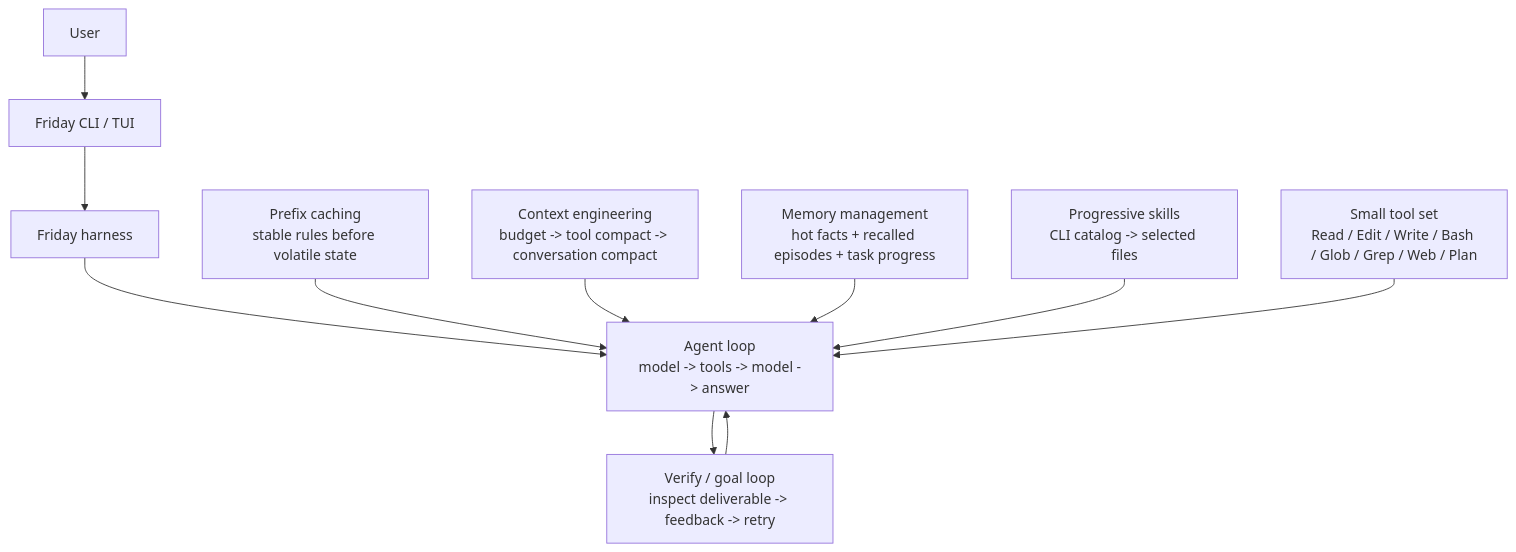
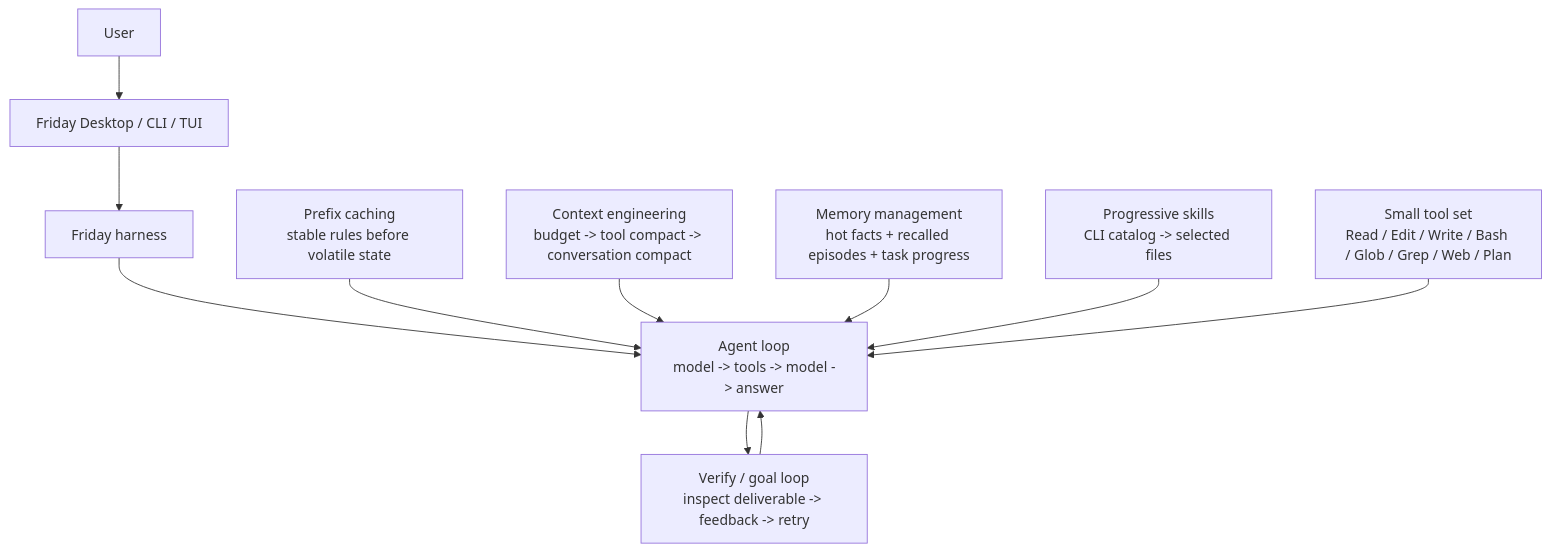
Before and after one commit to Lancetwang/friday: the diagram in README.md, drawn with Mermaid. The commit also changed other lines of this file and 7 other files, not shown here.

````diff
--- a/README.md
+++ b/README.md
@@ -42,15 +50,15 @@
 ```mermaid
 flowchart TD
-    User["User"] --> Surface["Friday CLI / TUI"]
+    User["User"] --> Surface["Friday Desktop / CLI / TUI"]
     Surface --> Harness["Friday harness"]
 
     Harness --> AgentLoop["Agent loop<br/>model -> tools -> model -> answer"]
     AgentLoop --> OuterLoop["Verify / goal loop<br/>inspect deliverable -> feedback -> retry"]
     OuterLoop --> AgentLoop
 
     Prefix["Prefix caching<br/>stable rules before volatile state"] --> AgentLoop
     Context["Context engineering<br/>budget -> tool compact -> conversation compact"] --> AgentLoop
     Memory["Memory management<br/>hot facts + recalled episodes + task progress"] --> AgentLoop
     Skills["Progressive skills<br/>CLI catalog -> selected files"] --> AgentLoop
     Tools["Small tool set<br/>Read / Edit / Write / Bash / Glob / Grep / Web / Plan"] --> AgentLoop
 ```
````
